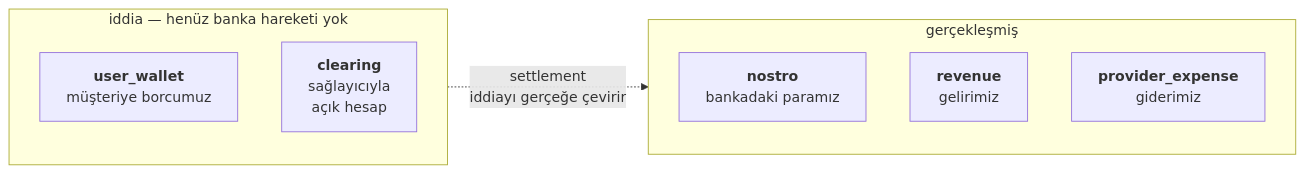
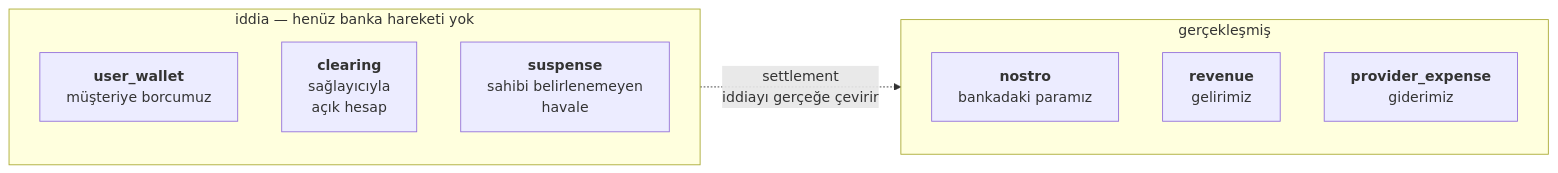
The fourth of 4 diagrams in docs/architecture.md (firate/HiWallet), drawn with Mermaid before and after one commit. The commit also changed other lines of this file and 6 other files, not shown here.

````diff
--- a/docs/architecture.md
+++ b/docs/architecture.md
@@ -444,15 +494,16 @@
 ```mermaid
 flowchart LR
     subgraph claim["iddia — henüz banka hareketi yok"]
         wallet["<b>user_wallet</b><br/>müşteriye borcumuz"]
         clearing["<b>clearing</b><br/>sağlayıcıyla<br/>açık hesap"]
+        suspense["<b>suspense</b><br/>sahibi belirlenemeyen<br/>havale"]
     end
 
     subgraph real["gerçekleşmiş"]
         nostro["<b>nostro</b><br/>bankadaki paramız"]
         revenue["<b>revenue</b><br/>gelirimiz"]
         expense["<b>provider_expense</b><br/>giderimiz"]
     end
 
     claim -.->|settlement<br/>iddiayı gerçeğe çevirir| real
 ```
````
